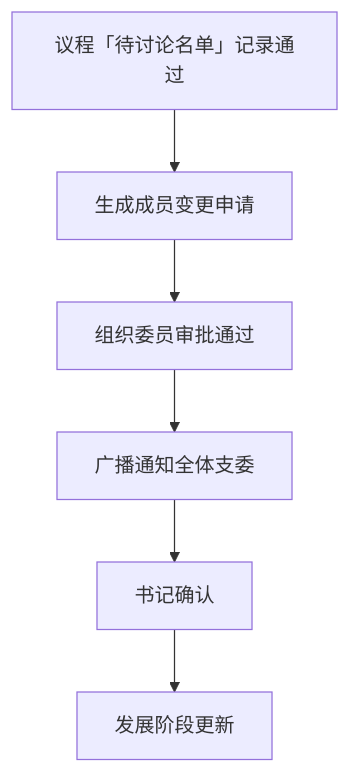
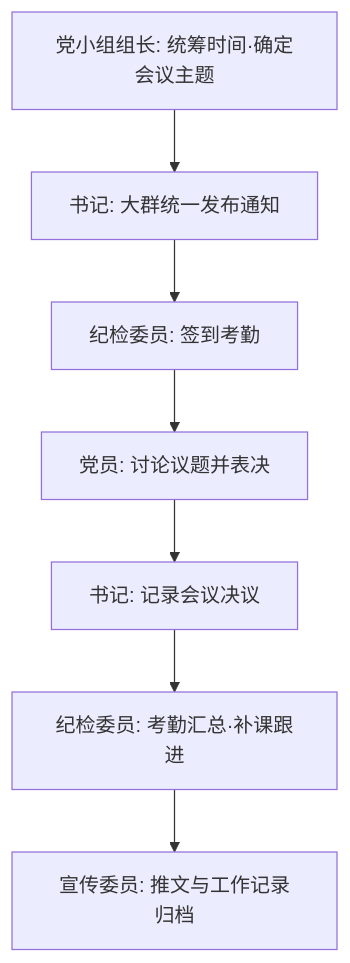
Before and after one commit to czhgo/GSM1921-SOP: the seventh of 15 diagrams in content/03_doc_system/FUNCTION_MAP.md, drawn with Mermaid. The commit also changed other lines of this file and 183 other files, not shown here.

Commit message:
feat(flow): 业务链路角色化 FLOW_LINKS 12 条 + help 架构叙事对齐 + catalog 整合 (T6/T7/T8, 20260901h to i, 87/87)

````diff
--- a/content/03_doc_system/FUNCTION_MAP.md
+++ b/content/03_doc_system/FUNCTION_MAP.md
@@ -80,8 +114,9 @@
 ```mermaid
 flowchart TD
-A[议程「待讨论名单」记录通过] --> B[生成成员变更申请]
-B --> C[组织委员审批通过]
-C --> D[广播通知全体支委]
-D --> E[书记确认]
-E --> F[发展阶段更新]
+A[党小组组长: 统筹时间·确定会议主题] --> B[书记: 大群统一发布通知]
+B --> C[纪检委员: 签到考勤]
+C --> D[党员: 讨论议题并表决]
+D --> E[书记: 记录会议决议]
+E --> F[纪检委员: 考勤汇总·补课跟进]
+F --> G[宣传委员: 推文与工作记录归档]
 ```
````
